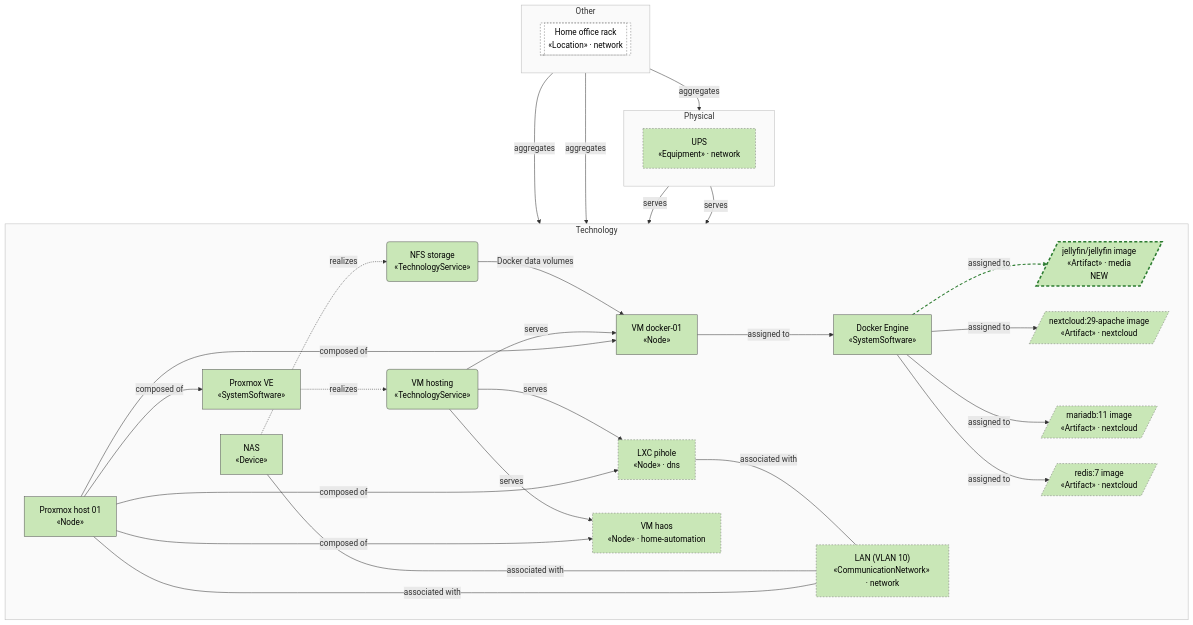
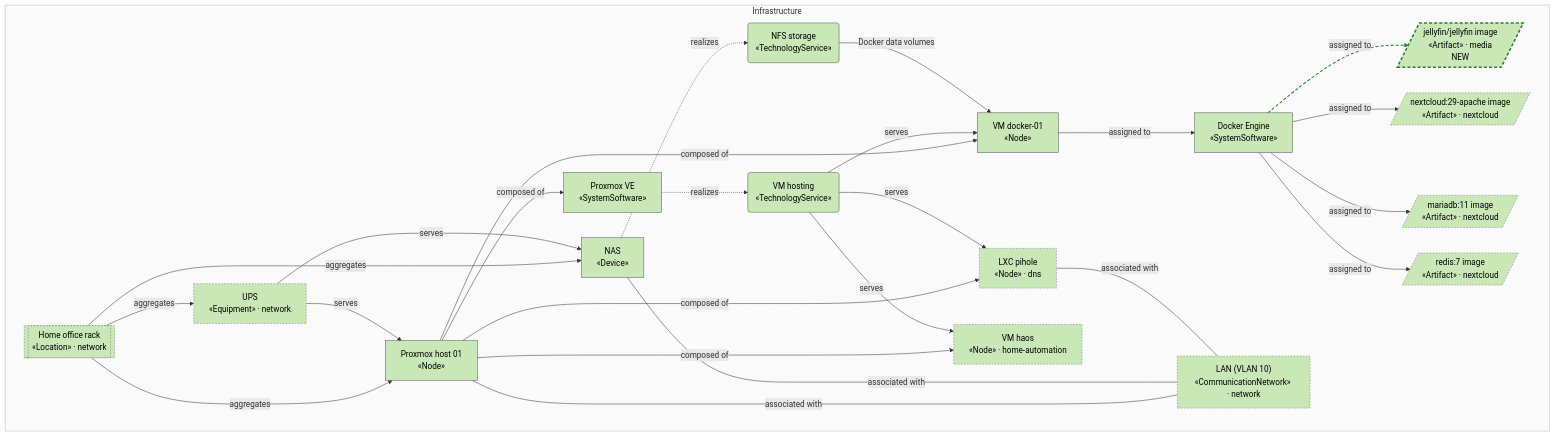
The first of 3 diagrams in docs/compute/view-infrastructure.md (b-zig/a4m), drawn with Mermaid before and after one commit. The commit also changed other lines of this file and 83 other files, not shown here.

````diff
--- a/docs/compute/view-infrastructure.md
+++ b/docs/compute/view-infrastructure.md
@@ -8,65 +8,53 @@
 ```mermaid
 flowchart TB
-  subgraph layer_technology["Technology"]
+  subgraph layer_infrastructure["Infrastructure"]
     direction LR
-    tech_pve_01["Proxmox host 01<br/>«Node»"]
-    tech_proxmox_ve["Proxmox VE<br/>«SystemSoftware»"]
-    tech_vm_docker["VM docker-01<br/>«Node»"]
-    tech_docker["Docker Engine<br/>«SystemSoftware»"]
-    tech_nas["NAS<br/>«Device»"]
-    tech_svc_vm_hosting("VM hosting<br/>«TechnologyService»")
-    tech_svc_nfs("NFS storage<br/>«TechnologyService»")
-    dns__tech_lxc_pihole["LXC pihole<br/>«Node» · dns"]
-    home_automation__tech_vm_haos["VM haos<br/>«Node» · home-automation"]
-    media__tech_art_jellyfin[/"jellyfin/jellyfin image<br/>«Artifact» · media<br/>NEW"/]
-    network__tech_net_lan["LAN (VLAN 10)<br/>«CommunicationNetwork» · network"]
-    nextcloud__tech_art_mariadb[/"mariadb:11 image<br/>«Artifact» · nextcloud"/]
-    nextcloud__tech_art_nextcloud[/"nextcloud:29-apache image<br/>«Artifact» · nextcloud"/]
-    nextcloud__tech_art_redis[/"redis:7 image<br/>«Artifact» · nextcloud"/]
+    infra_pve_01["Proxmox host 01<br/>«Node»"]
+    infra_proxmox_ve["Proxmox VE<br/>«SystemSoftware»"]
+    infra_vm_docker["VM docker-01<br/>«Node»"]
+    infra_docker["Docker Engine<br/>«SystemSoftware»"]
+    infra_nas["NAS<br/>«Device»"]
+    infra_svc_vm_hosting("VM hosting<br/>«TechnologyService»")
+    infra_svc_nfs("NFS storage<br/>«TechnologyService»")
+    dns__infra_lxc_pihole["LXC pihole<br/>«Node» · dns"]
+    home_automation__infra_vm_haos["VM haos<br/>«Node» · home-automation"]
+    media__infra_art_jellyfin[/"jellyfin/jellyfin image<br/>«Artifact» · media<br/>NEW"/]
+    network__infra_loc_home[["Home office rack<br/>«Location» · network"]]
+    network__infra_net_lan["LAN (VLAN 10)<br/>«CommunicationNetwork» · network"]
+    network__infra_ups["UPS<br/>«Equipment» · network"]
+    nextcloud__infra_art_mariadb[/"mariadb:11 image<br/>«Artifact» · nextcloud"/]
+    nextcloud__infra_art_nextcloud[/"nextcloud:29-apache image<br/>«Artifact» · nextcloud"/]
+    nextcloud__infra_art_redis[/"redis:7 image<br/>«Artifact» · nextcloud"/]
   end
-  subgraph layer_physical["Physical"]
-    direction LR
-    network__phys_ups["UPS<br/>«Equipment» · network"]
-  end
-  subgraph layer_other["Other"]
-    direction LR
-    network__oth_loc_home[["Home office rack<br/>«Location» · network"]]
-  end
-  tech_pve_01 -->|"composed of"| tech_proxmox_ve
-  tech_pve_01 -->|"composed of"| tech_vm_docker
-  tech_proxmox_ve -.->|"realizes"| tech_svc_vm_hosting
-  tech_svc_vm_hosting -->|"serves"| tech_vm_docker
-  tech_vm_docker -->|"assigned to"| tech_docker
-  tech_nas -.->|"realizes"| tech_svc_nfs
-  tech_svc_nfs -->|"Docker data volumes"| tech_vm_docker
-  network__oth_loc_home -->|"aggregates"| tech_pve_01
-  network__oth_loc_home -->|"aggregates"| tech_nas
-  network__phys_ups -->|"serves"| tech_pve_01
-  network__phys_ups -->|"serves"| tech_nas
-  tech_pve_01 ---|"associated with"| network__tech_net_lan
-  tech_nas ---|"associated with"| network__tech_net_lan
-  tech_pve_01 -->|"composed of"| dns__tech_lxc_pihole
-  tech_svc_vm_hosting -->|"serves"| dns__tech_lxc_pihole
-  dns__tech_lxc_pihole ---|"associated with"| network__tech_net_lan
-  tech_pve_01 -->|"composed of"| home_automation__tech_vm_haos
-  tech_svc_vm_hosting -->|"serves"| home_automation__tech_vm_haos
-  tech_docker -->|"assigned to"| media__tech_art_jellyfin
-  network__oth_loc_home -->|"aggregates"| network__phys_ups
-  tech_docker -->|"assigned to"| nextcloud__tech_art_nextcloud
-  tech_docker -->|"assigned to"| nextcloud__tech_art_mariadb
-  tech_docker -->|"assigned to"| nextcloud__tech_art_redis
-  classDef technology fill:#C9E7B7,stroke:#555,color:#000
-  class tech_pve_01,tech_proxmox_ve,tech_vm_docker,tech_docker,tech_nas,tech_svc_vm_hosting,tech_svc_nfs,dns__tech_lxc_pihole,home_automation__tech_vm_haos,media__tech_art_jellyfin,network__tech_net_lan,nextcloud__tech_art_mariadb,nextcloud__tech_art_nextcloud,nextcloud__tech_art_redis technology
-  style layer_technology fill:#fafafa,stroke:#bbb
-  classDef physical fill:#C9E7B7,stroke:#555,color:#000
-  class network__phys_ups physical
-  style layer_physical fill:#fafafa,stroke:#bbb
-  classDef other fill:#FFFFFF,stroke:#555,color:#000
-  class network__oth_loc_home other
-  style layer_other fill:#fafafa,stroke:#bbb
+  infra_pve_01 -->|"composed of"| infra_proxmox_ve
+  infra_pve_01 -->|"composed of"| infra_vm_docker
+  infra_proxmox_ve -.->|"realizes"| infra_svc_vm_hosting
+  infra_svc_vm_hosting -->|"serves"| infra_vm_docker
+  infra_vm_docker -->|"assigned to"| infra_docker
+  infra_nas -.->|"realizes"| infra_svc_nfs
+  infra_svc_nfs -->|"Docker data volumes"| infra_vm_docker
+  network__infra_loc_home -->|"aggregates"| infra_pve_01
+  network__infra_loc_home -->|"aggregates"| infra_nas
+  network__infra_ups -->|"serves"| infra_pve_01
+  network__infra_ups -->|"serves"| infra_nas
+  infra_pve_01 ---|"associated with"| network__infra_net_lan
+  infra_nas ---|"associated with"| network__infra_net_lan
+  infra_pve_01 -->|"composed of"| dns__infra_lxc_pihole
+  infra_svc_vm_hosting -->|"serves"| dns__infra_lxc_pihole
+  dns__infra_lxc_pihole ---|"associated with"| network__infra_net_lan
+  infra_pve_01 -->|"composed of"| home_automation__infra_vm_haos
+  infra_svc_vm_hosting -->|"serves"| home_automation__infra_vm_haos
+  infra_docker -->|"assigned to"| media__infra_art_jellyfin
+  network__infra_loc_home -->|"aggregates"| network__infra_ups
+  infra_docker -->|"assigned to"| nextcloud__infra_art_nextcloud
+  infra_docker -->|"assigned to"| nextcloud__infra_art_mariadb
+  infra_docker -->|"assigned to"| nextcloud__infra_art_redis
+  classDef infrastructure fill:#C9E7B7,stroke:#555,color:#000
+  class infra_pve_01,infra_proxmox_ve,infra_vm_docker,infra_docker,infra_nas,infra_svc_vm_hosting,infra_svc_nfs,dns__infra_lxc_pihole,home_automation__infra_vm_haos,media__infra_art_jellyfin,network__infra_loc_home,network__infra_net_lan,network__infra_ups,nextcloud__infra_art_mariadb,nextcloud__infra_art_nextcloud,nextcloud__infra_art_redis infrastructure
+  style layer_infrastructure fill:#fafafa,stroke:#bbb
   classDef foreign stroke:#777,stroke-dasharray:3 3
-  class dns__tech_lxc_pihole,home_automation__tech_vm_haos,media__tech_art_jellyfin,network__oth_loc_home,network__phys_ups,network__tech_net_lan,nextcloud__tech_art_mariadb,nextcloud__tech_art_nextcloud,nextcloud__tech_art_redis foreign
+  class dns__infra_lxc_pihole,home_automation__infra_vm_haos,media__infra_art_jellyfin,network__infra_loc_home,network__infra_net_lan,network__infra_ups,nextcloud__infra_art_mariadb,nextcloud__infra_art_nextcloud,nextcloud__infra_art_redis foreign
   classDef st_new stroke:#2e7d32,stroke-width:3px,stroke-dasharray:6 4
-  class media__tech_art_jellyfin st_new
+  class media__infra_art_jellyfin st_new
   linkStyle 18 stroke:#2e7d32,stroke-width:2px,stroke-dasharray:6 4
 ```
````
